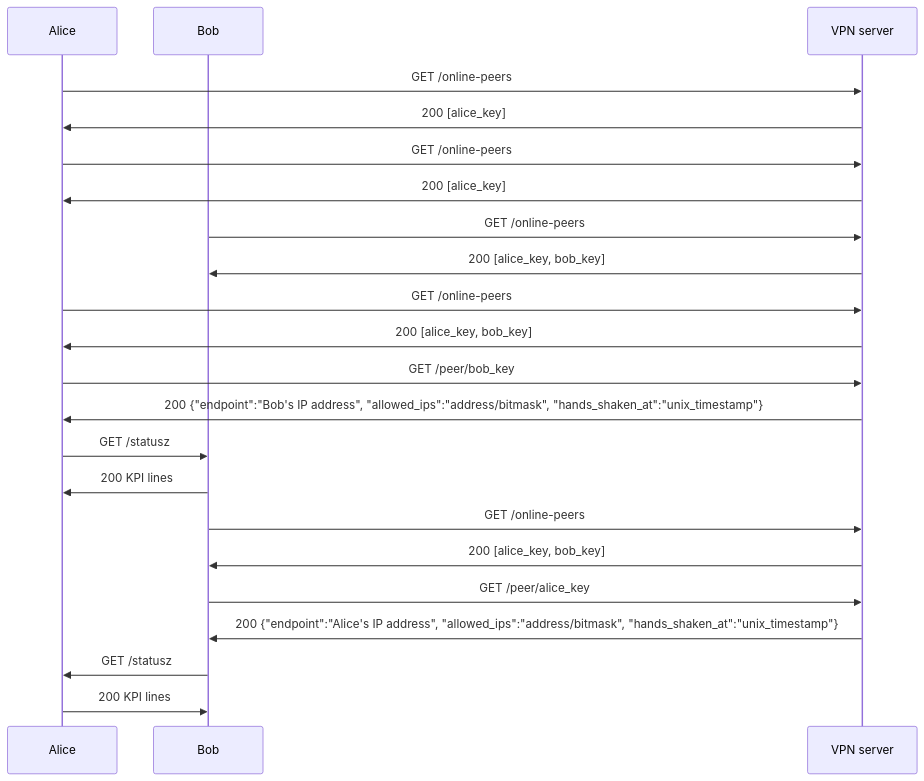
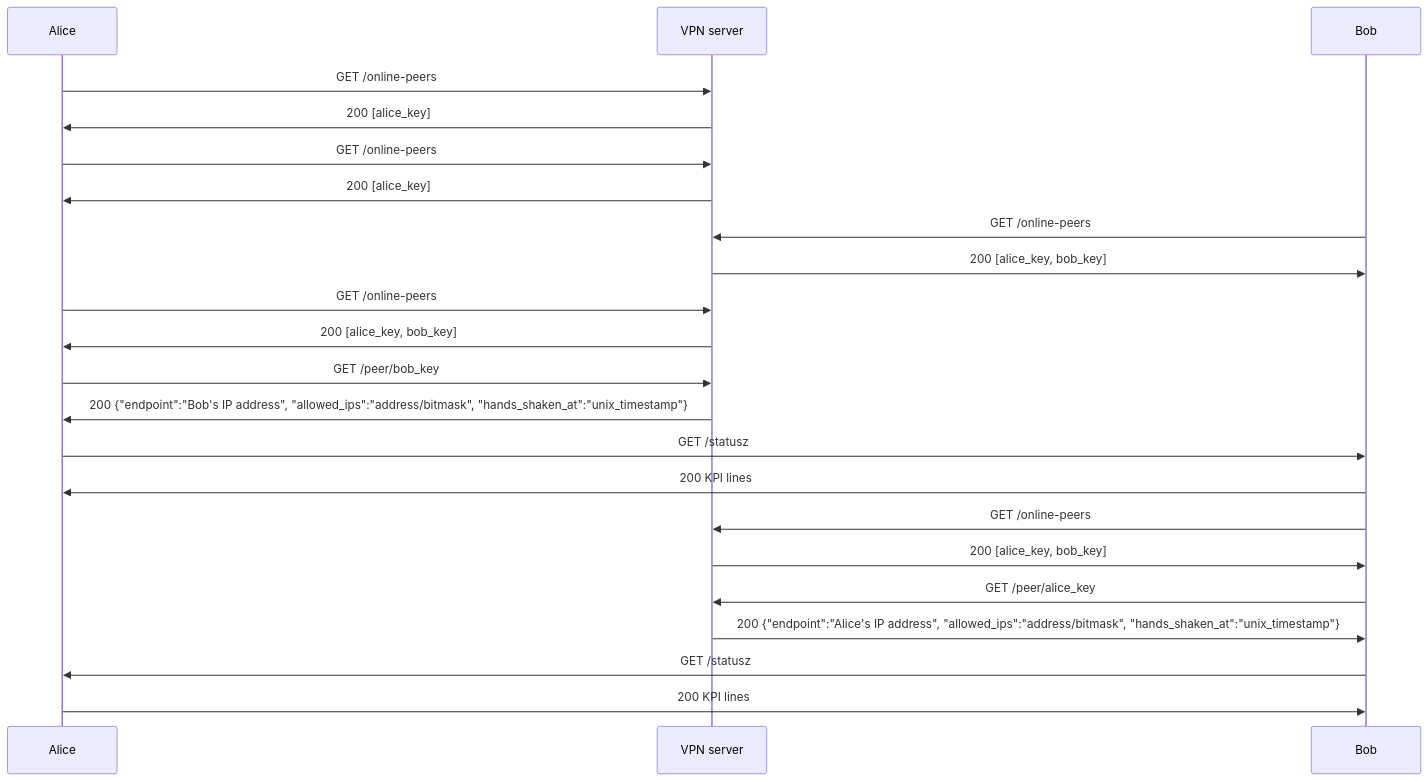
The diagram in README.md (samunders-core/wg-endpoint-discovery), drawn with Mermaid before and after one commit.

Commit message:
alice-server-bob

````diff
--- a/README.md
+++ b/README.md
@@ -3,27 +3,27 @@
 ```mermaid
 sequenceDiagram
     participant A as Alice
+    participant S as VPN server
     participant B as Bob
-    participant S as VPN server
-    
+
     A->>S: GET /online-peers
     S->>A: 200 [alice_key]
     A->>S: GET /online-peers
     S->>A: 200 [alice_key]
     B->>S: GET /online-peers
     S->>B: 200 [alice_key, bob_key]
     
     A->>S: GET /online-peers
     S->>A: 200 [alice_key, bob_key]
     A->>S: GET /peer/bob_key
     S->>A: 200 {"endpoint":"Bob's IP address", "allowed_ips":"address/bitmask", "hands_shaken_at":"unix_timestamp"}
     A->>B: GET /statusz
     B->>A: 200 KPI lines
     
     B->>S: GET /online-peers
     S->>B: 200 [alice_key, bob_key]
     B->>S: GET /peer/alice_key
     S->>B: 200 {"endpoint":"Alice's IP address", "allowed_ips":"address/bitmask", "hands_shaken_at":"unix_timestamp"}
     B->>A: GET /statusz
     A->>B: 200 KPI lines
 ```
````
